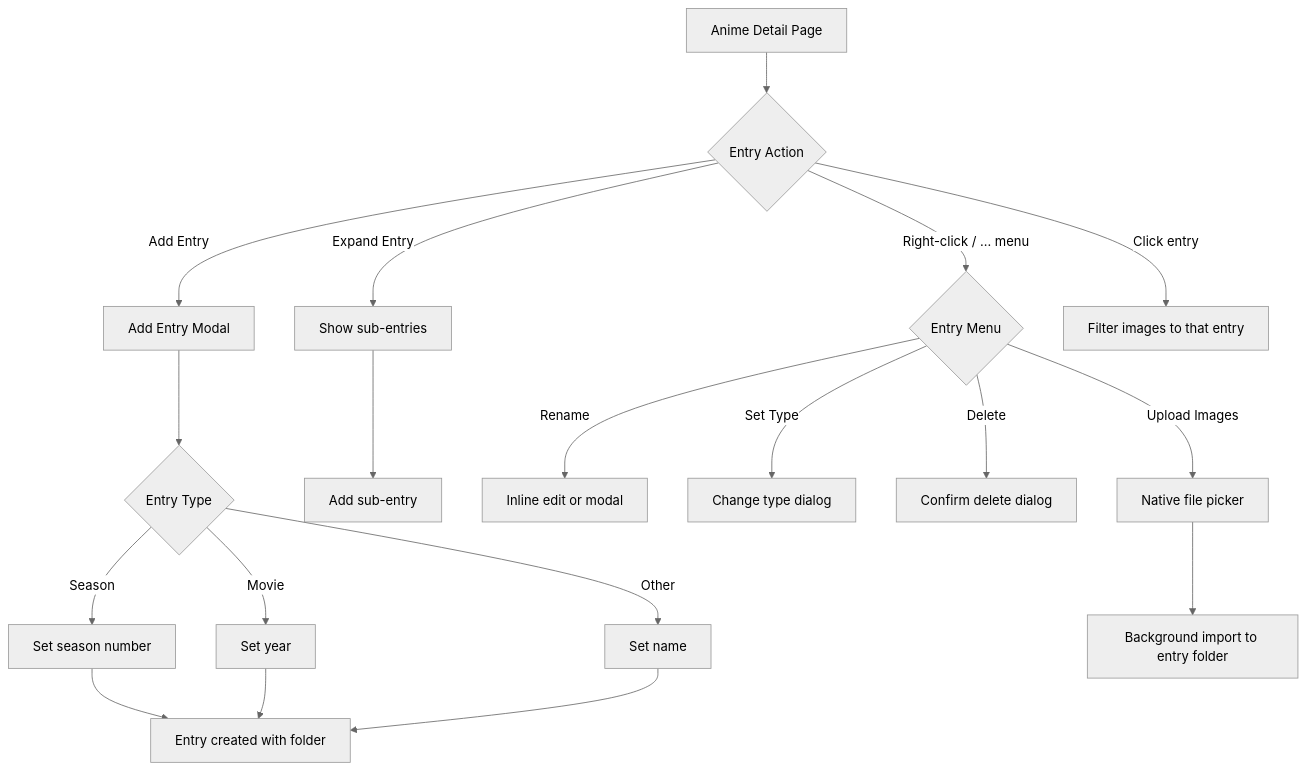
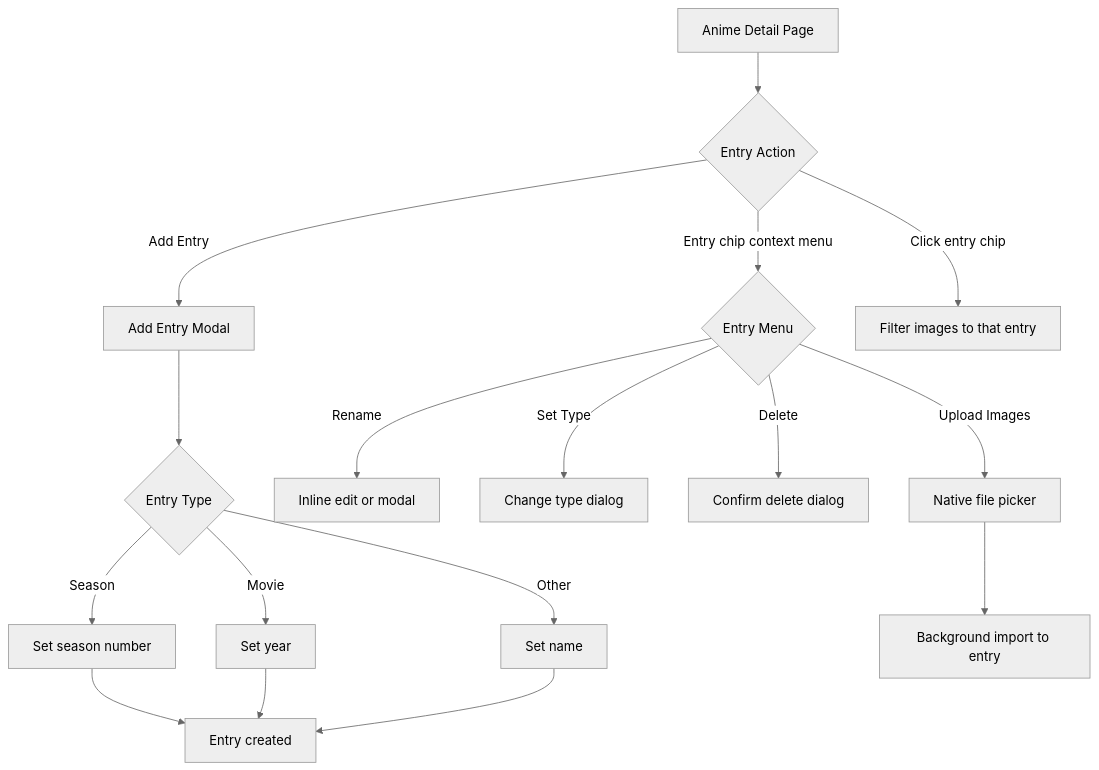
Before and after one commit to michael-freling/anime-image-viewer: the sixth of 8 diagrams in docs/content/ux-redesign/_index.md, drawn with Mermaid (neutral theme). The commit also changed other lines of this file and 55 other files, not shown here.

````diff
--- a/docs/content/ux-redesign/_index.md
+++ b/docs/content/ux-redesign/_index.md
@@ -205,25 +221,22 @@
 ```mermaid
 flowchart TD
     A[Anime Detail Page] --> B{Entry Action}
 
     B -->|Add Entry| C[Add Entry Modal]
     C --> D{Entry Type}
     D -->|Season| E[Set season number]
     D -->|Movie| F[Set year]
     D -->|Other| G[Set name]
-    E --> H[Entry created with folder]
+    E --> H[Entry created]
     F --> H
     G --> H
 
-    B -->|Expand Entry| I[Show sub-entries]
-    I --> J[Add sub-entry]
+    B -->|Entry chip context menu| I{Entry Menu}
+    I -->|Rename| J[Inline edit or modal]
+    I -->|Set Type| K[Change type dialog]
+    I -->|Delete| L[Confirm delete dialog]
+    I -->|Upload Images| M[Native file picker]
+    M --> N[Background import to entry]
 
-    B -->|Right-click / ... menu| K{Entry Menu}
-    K -->|Rename| L[Inline edit or modal]
-    K -->|Set Type| M[Change type dialog]
-    K -->|Delete| N[Confirm delete dialog]
-    K -->|Upload Images| O[Native file picker]
-    O --> P[Background import to entry folder]
-
-    B -->|Click entry| Q[Filter images to that entry]
+    B -->|Click entry chip| O[Filter images to that entry]
 ```
````
